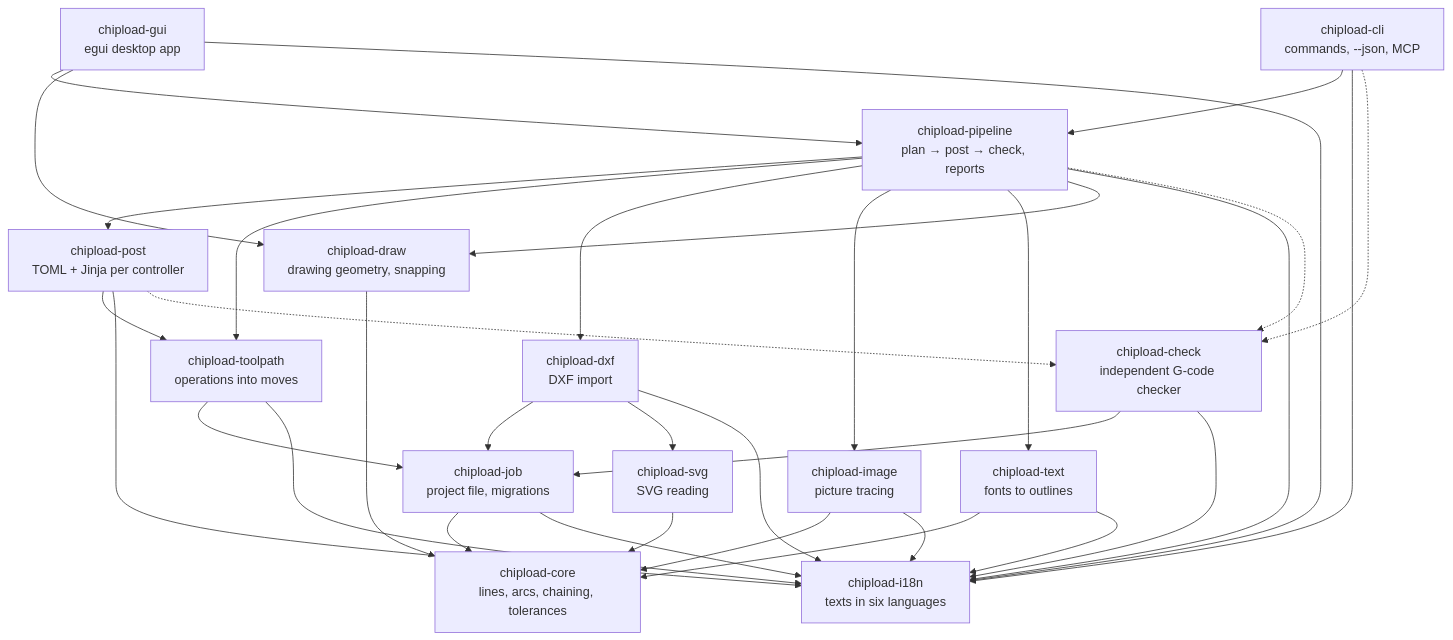
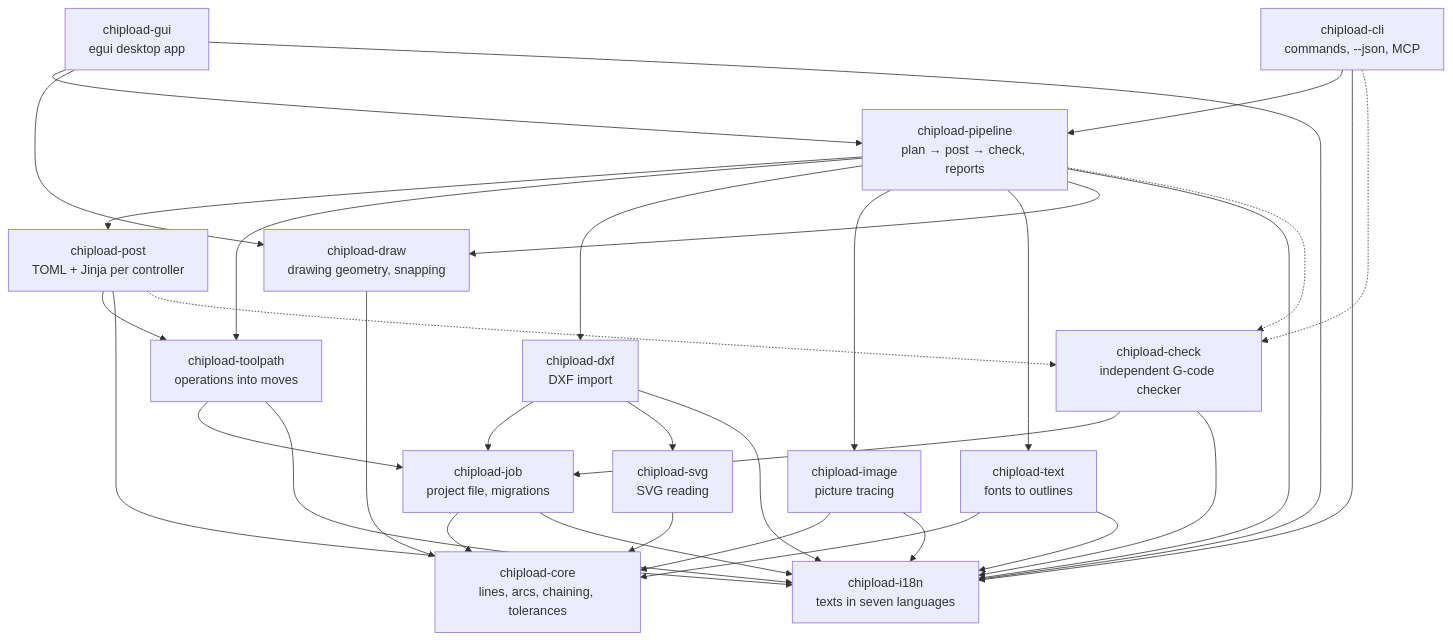
The diagram in docs/architecture.md (chipload/chipload), drawn with Mermaid before and after one commit. The commit also changed 3 other files, not shown here.

````diff
--- a/docs/architecture.md
+++ b/docs/architecture.md
@@ -15,35 +15,35 @@
 ```mermaid
 flowchart TB
     gui["chipload-gui<br/>egui desktop app"] --> pipeline
     cli["chipload-cli<br/>commands, --json, MCP"] --> pipeline
     pipeline["chipload-pipeline<br/>plan → post → check, reports"] --> post
     pipeline --> toolpath & dxf & image & text
     post["chipload-post<br/>TOML + Jinja per controller"] --> toolpath
     toolpath["chipload-toolpath<br/>operations into moves"] --> job
     dxf["chipload-dxf<br/>DXF import"] --> job
     image["chipload-image<br/>picture tracing"] --> core
     dxf --> svg
     svg["chipload-svg<br/>SVG reading"] --> core
     text["chipload-text<br/>fonts to outlines"] --> core
     draw["chipload-draw<br/>drawing geometry, snapping"] --> core
     gui --> draw
     pipeline --> draw
     job["chipload-job<br/>project file, migrations"] --> core
     core["chipload-core<br/>lines, arcs, chaining, tolerances"]
-    i18n["chipload-i18n<br/>texts in six languages"]
+    i18n["chipload-i18n<br/>texts in seven languages"]
     gui --> i18n
     cli --> i18n
     job --> i18n
     toolpath --> i18n
     dxf --> i18n
     image --> i18n
     text --> i18n
     post --> i18n
     pipeline --> i18n
 
     check["chipload-check<br/>independent G-code checker"] --> job
     check --> i18n
     pipeline -.-> check
     post -.-> check
     cli -.-> check
 ```
````
